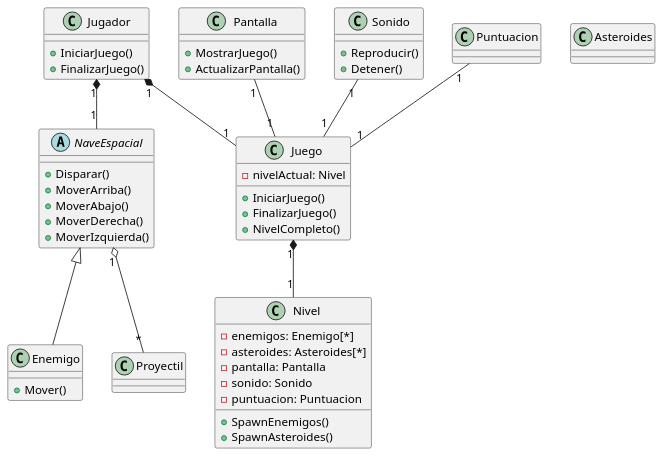
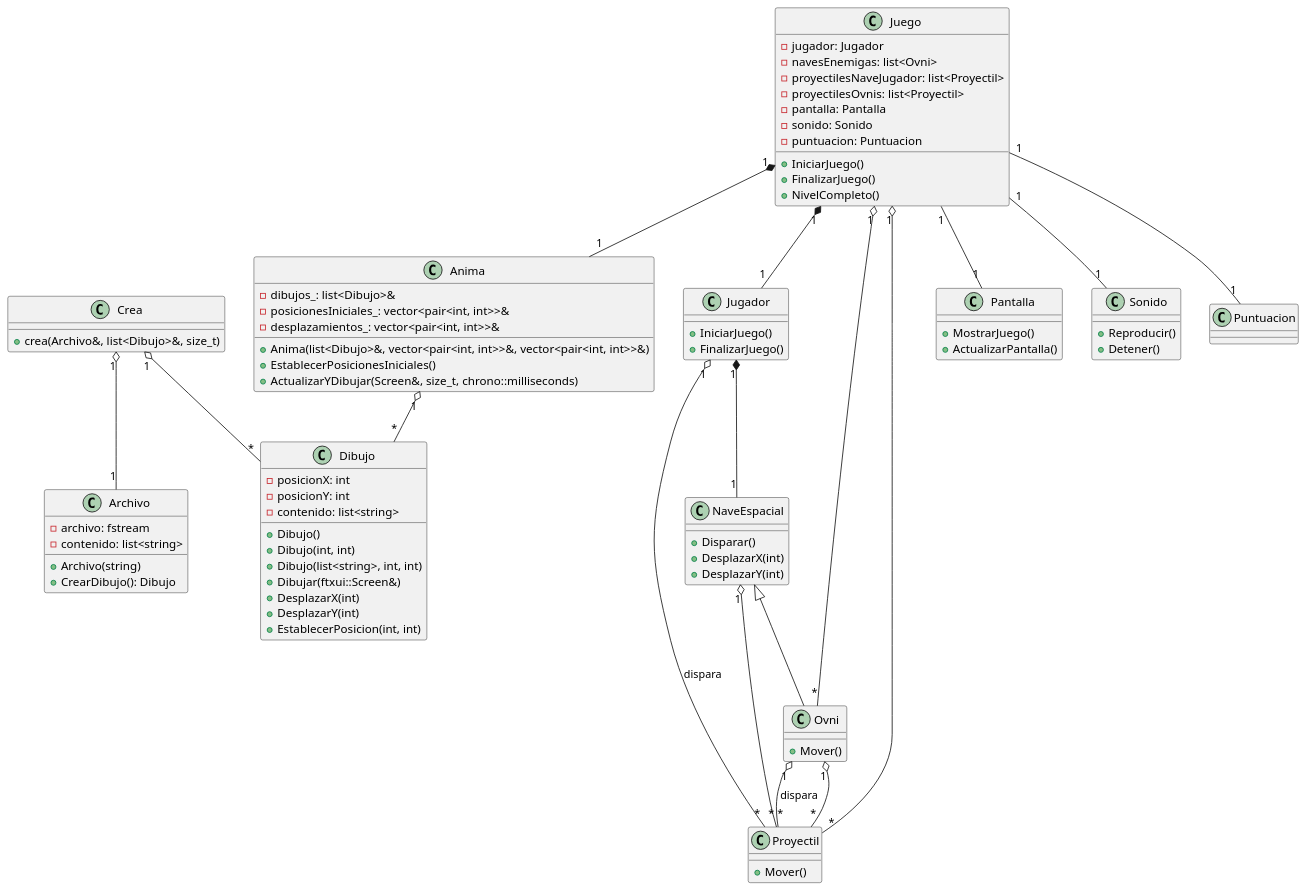
One commit to AAD23110162/Computer-Space changed the diagram in docs/Diagrama.puml. Above: the diagram before and after it, drawn with PlantUML. The commit also changed 6 other files, not shown here.

```diff
--- a/docs/Diagrama.puml
+++ b/docs/Diagrama.puml
@@ -1,61 +1,108 @@
-@startuml
-class Jugador {
+@startuml Computer Space
+
+class Dibujo 
+{
+    -posicionX: int
+    -posicionY: int
+    -contenido: list<string>
+    +Dibujo()
+    +Dibujo(int, int)
+    +Dibujo(list<string>, int, int)
+    +Dibujar(ftxui::Screen&)
+    +DesplazarX(int)
+    +DesplazarY(int)
+    +EstablecerPosicion(int, int)
+}
+
+class Archivo 
+{
+    -archivo: fstream
+    -contenido: list<string>
+    +Archivo(string)
+    +CrearDibujo(): Dibujo
+}
+
+class Crea 
+{
+    +crea(Archivo&, list<Dibujo>&, size_t)
+}
+
+class Anima 
+{
+    -dibujos_: list<Dibujo>&
+    -posicionesIniciales_: vector<pair<int, int>>&
+    -desplazamientos_: vector<pair<int, int>>&
+    +Anima(list<Dibujo>&, vector<pair<int, int>>&, vector<pair<int, int>>&)
+    +EstablecerPosicionesIniciales()
+    +ActualizarYDibujar(Screen&, size_t, chrono::milliseconds)
+}
+
+Crea "1" o-- "1" Archivo
+Crea "1" o-- "*" Dibujo
+Anima "1" o-- "*" Dibujo
+
+class NaveEspacial 
+{
+    +Disparar()
+    +DesplazarX(int)
+    +DesplazarY(int)
+}
+
+class Jugador 
+{
     +IniciarJuego()
     +FinalizarJuego()
 }
 
-abstract class NaveEspacial {
-    +Disparar()
-    +MoverArriba()
-    +MoverAbajo()
-    +MoverDerecha()
-    +MoverIzquierda()
-}
-
-class Enemigo extends NaveEspacial {
+class Ovni extends NaveEspacial 
+{
     +Mover()
 }
 
-class Proyectil
+class Proyectil 
+{
+    +Mover()
+}
 
-class Asteroides
-
-class Pantalla {
+class Pantalla 
+{
     +MostrarJuego()
     +ActualizarPantalla()
 }
 
-class Sonido {
+class Sonido 
+{
     +Reproducir()
     +Detener()
 }
 
 class Puntuacion
 
-Jugador "1" *-- "1" NaveEspacial
-NaveEspacial "1" o-- "*" Proyectil
-Pantalla "1" -- "1" Juego
-Sonido "1" -- "1" Juego
-Puntuacion "1" -- "1" Juego
-
-class Juego {
-    -nivelActual: Nivel
+class Juego 
+{
+    -jugador: Jugador
+    -navesEnemigas: list<Ovni>
+    -proyectilesNaveJugador: list<Proyectil>
+    -proyectilesOvnis: list<Proyectil>
+    -pantalla: Pantalla
+    -sonido: Sonido
+    -puntuacion: Puntuacion
     +IniciarJuego()
     +FinalizarJuego()
     +NivelCompleto()
 }
 
-class Nivel {
-    -enemigos: Enemigo[*]
-    -asteroides: Asteroides[*]
-    -pantalla: Pantalla
-    -sonido: Sonido
-    -puntuacion: Puntuacion
-    +SpawnEnemigos()
-    +SpawnAsteroides()
-}
-
-Juego "1" *-- "1" Nivel
-Jugador "1" *-- "1" Juego
+Juego "1" *-- "1" Anima
+Juego "1" *-- "1" Jugador
+Juego "1" o-- "*" Ovni
+Juego "1" o-- "*" Proyectil
+Juego "1" -- "1" Pantalla
+Juego "1" -- "1" Sonido
+Juego "1" -- "1" Puntuacion
+Jugador "1" *-- "1" NaveEspacial
+NaveEspacial "1" o-- "*" Proyectil
+Ovni "1" o-- "*" Proyectil
+Jugador "1" o-- "*" Proyectil : dispara
+Ovni "1" o-- "*" Proyectil : dispara
 
 @enduml
```
